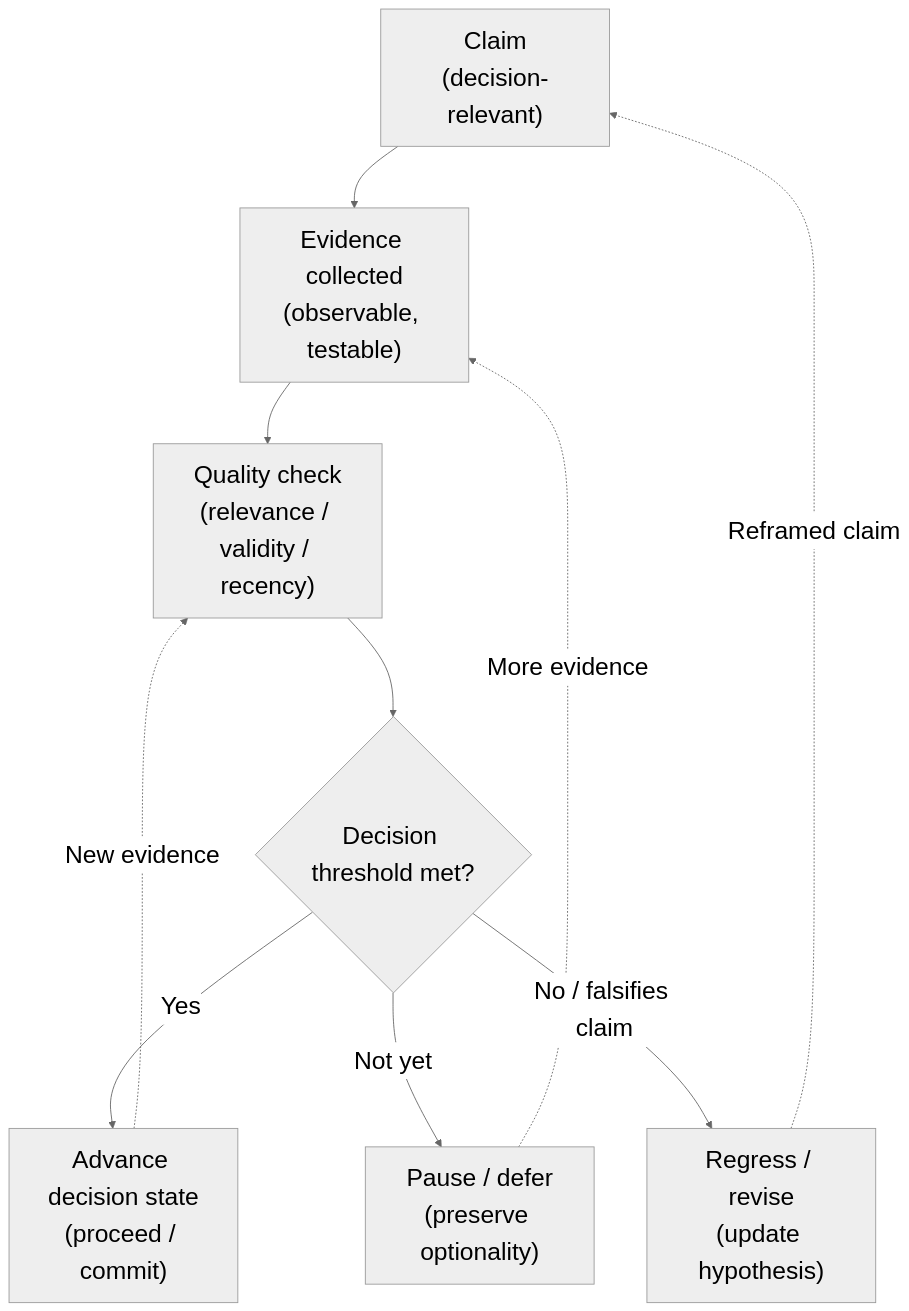
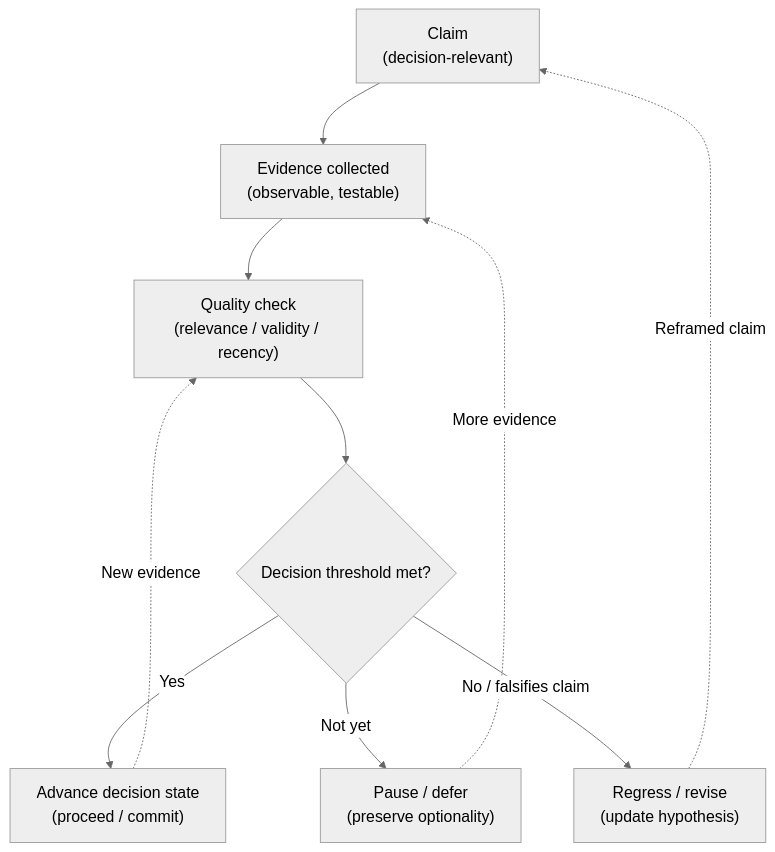
The diagram in docs/book/evidence-first-thinking.mdx (micro-canvas-framework/micro-canvas-framework.github.io), drawn with Mermaid before and after one commit. The commit also changed 9 other files, not shown here.

Commit message:
docs(book): normalize mermaid font size to 18px across book figures

````diff
--- a/docs/book/evidence-first-thinking.mdx
+++ b/docs/book/evidence-first-thinking.mdx
@@ -43,17 +43,17 @@
 ```mermaid
-%%{init: {"theme":"neutral","flowchart":{"nodeSpacing":60,"rankSpacing":70},"themeVariables":{"fontSize":"28px"}}}%%
+%%{init: {"theme":"neutral","flowchart":{"nodeSpacing":60,"rankSpacing":70},"themeVariables":{"fontSize":"18px"}}}%%
 flowchart TB
 
   A["Claim<br/>(decision-relevant)"] --> B["Evidence collected<br/>(observable, testable)"]
   B --> C["Quality check<br/>(relevance / validity / recency)"]
   C --> D{"Decision threshold met?"}
 
   D -->|Yes| E["Advance decision state<br/>(proceed / commit)"]
   D -->|Not yet| F["Pause / defer<br/>(preserve optionality)"]
   D -->|No / falsifies claim| G["Regress / revise<br/>(update hypothesis)"]
 
   %% Optional: show that new evidence can change state
   E -. "New evidence" .-> C
   F -. "More evidence" .-> B
   G -. "Reframed claim" .-> A
 ```
````
